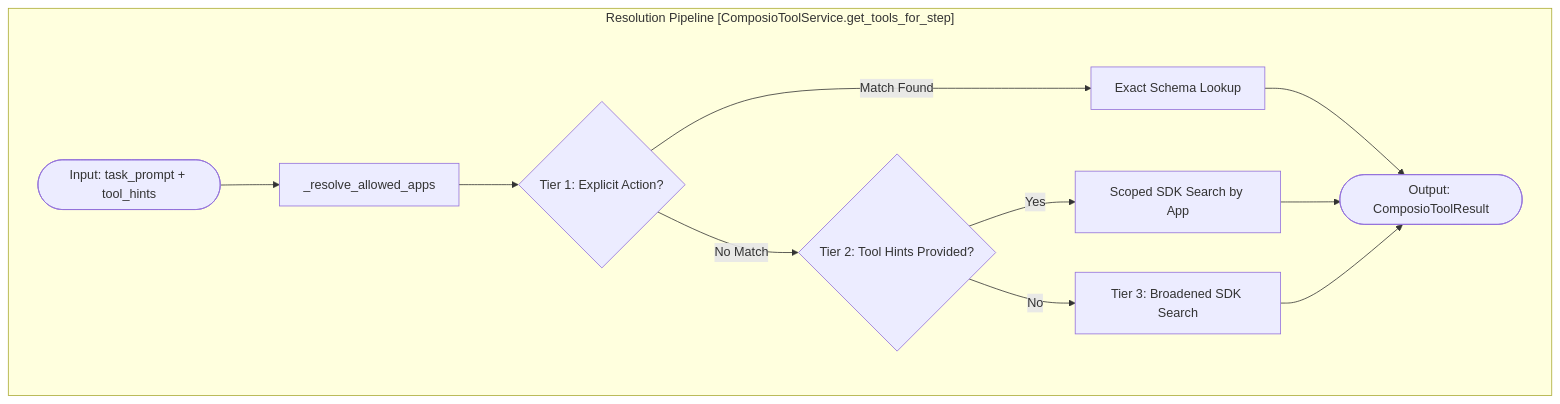
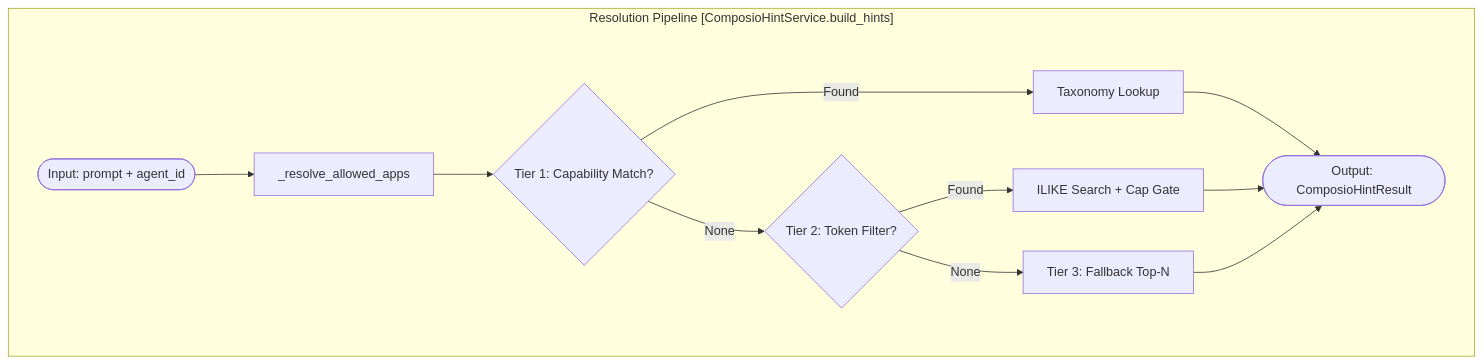
The second of 2 diagrams in docs/tools-integrations/tool-discovery-resolution.md (AutomatosAI/automatos-ai), drawn with Mermaid before and after one commit. The commit also changed other lines of this file and 153 other files, not shown here.

````diff
--- a/docs/tools-integrations/tool-discovery-resolution.md
+++ b/docs/tools-integrations/tool-discovery-resolution.md
@@ -126,28 +120,28 @@
 ```mermaid
 graph TB
-    subgraph "Resolution Pipeline [ComposioToolService.get_tools_for_step]"
-        Start([Input: task_prompt + tool_hints])
+    subgraph "Resolution Pipeline [ComposioHintService.build_hints]"
+        Start([Input: prompt + agent_id])
         
         Apps["_resolve_allowed_apps"]
-        T1{Tier 1: Explicit Action?}
-        T1_Exec[Exact Schema Lookup]
+        T1{Tier 1: Capability Match?}
+        T1_Exec[Taxonomy Lookup]
         
-        T2{Tier 2: Tool Hints Provided?}
-        T2_Exec[Scoped SDK Search by App]
+        T2{Tier 2: Token Filter?}
+        T2_Exec[ILIKE Search + Cap Gate]
         
-        T3[Tier 3: Broadened SDK Search]
+        T3[Tier 3: Fallback Top-N]
         
-        End([Output: ComposioToolResult])
+        End([Output: ComposioHintResult])
     end
 
     Start --> Apps
     Apps --> T1
-    T1 -- "Match Found" --> T1_Exec
-    T1 -- "No Match" --> T2
+    T1 -- "Found" --> T1_Exec
+    T1 -- "None" --> T2
     T1_Exec --> End
     
-    T2 -- "Yes" --> T2_Exec
-    T2 -- "No" --> T3
+    T2 -- "Found" --> T2_Exec
+    T2 -- "None" --> T3
     T2_Exec --> End
     T3 --> End
 ```
````
